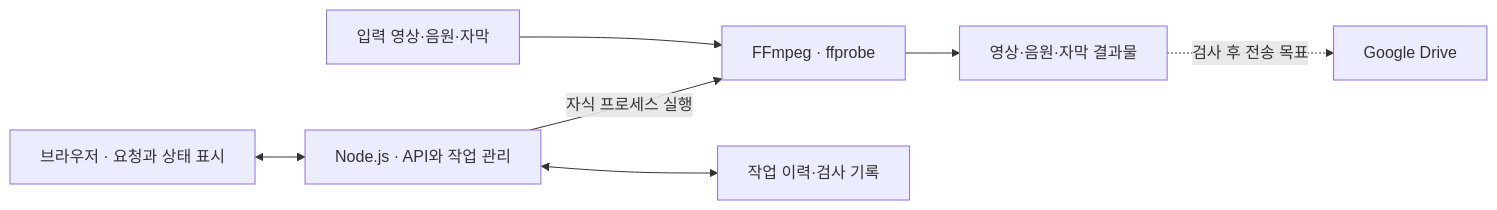
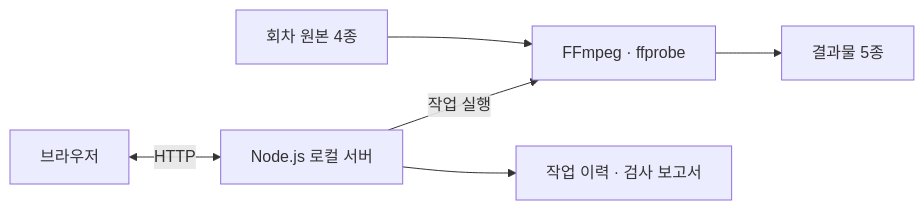
The second of 2 diagrams in content/til/2026-09-30.md (whizzkid1452/blog), drawn with Mermaid before and after one commit. The commit also changed other lines of this file, not shown here.

````diff
--- a/content/til/2026-09-30.md
+++ b/content/til/2026-09-30.md
@@ -46,9 +125,8 @@
 ```mermaid
 flowchart LR
-    Browser["브라우저 · 요청과 상태 표시"] <--> API["Node.js · API와 작업 관리"]
-    Input["입력 영상·음원·자막"] --> Media["FFmpeg · ffprobe"]
-    API -->|"자식 프로세스 실행"| Media
-    Media --> Output["영상·음원·자막 결과물"]
-    API <--> Records["작업 이력·검사 기록"]
-    Output -.->|"검사 후 전송 목표"| Drive["Google Drive"]
+    Browser["브라우저"] <--> |"HTTP"| Node["Node.js 로컬 서버"]
+    Node --> |"작업 실행"| Media["FFmpeg · ffprobe"]
+    Input["회차 원본 4종"] --> Media
+    Media --> Output["결과물 5종"]
+    Node --> Records["작업 이력 · 검사 보고서"]
 ```
````
